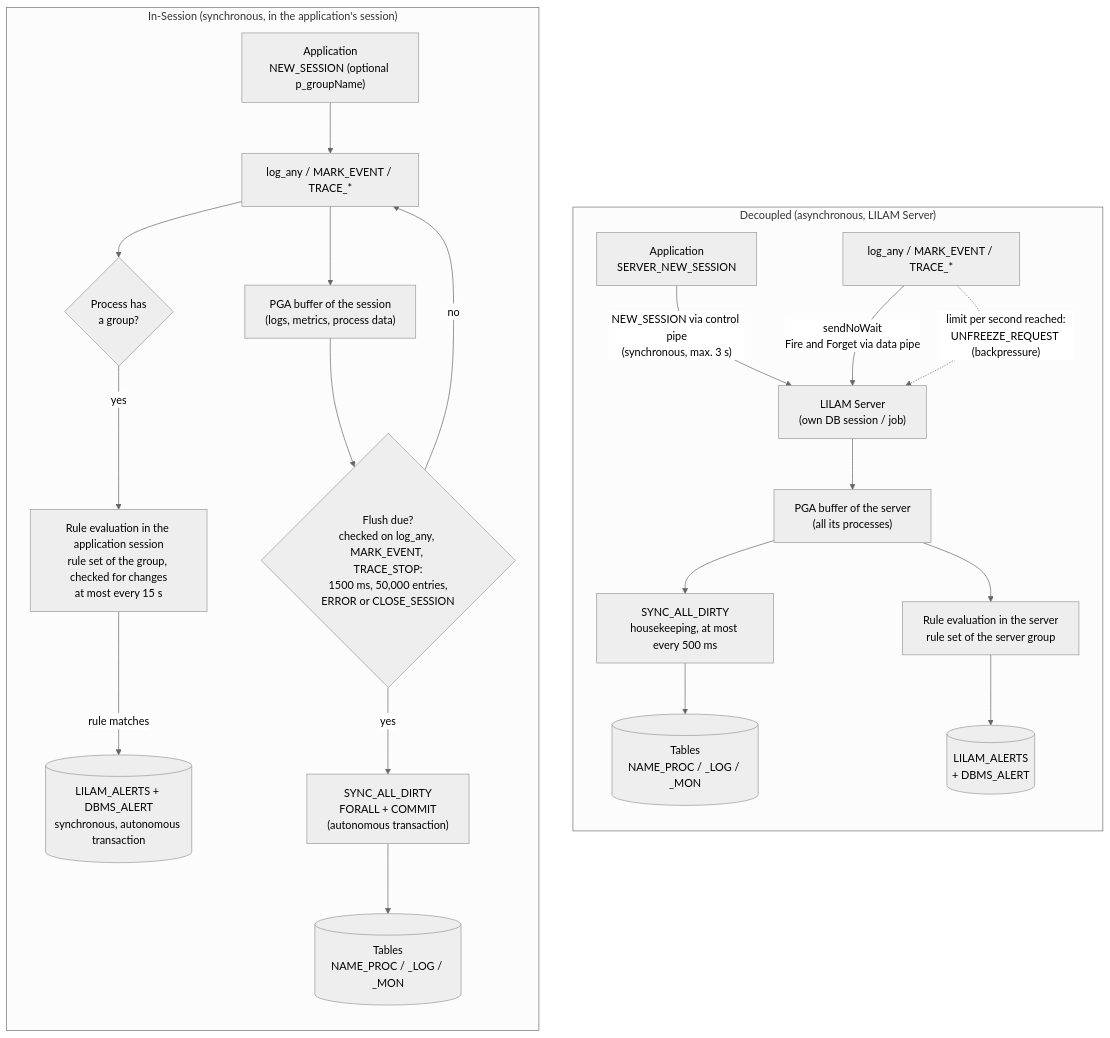
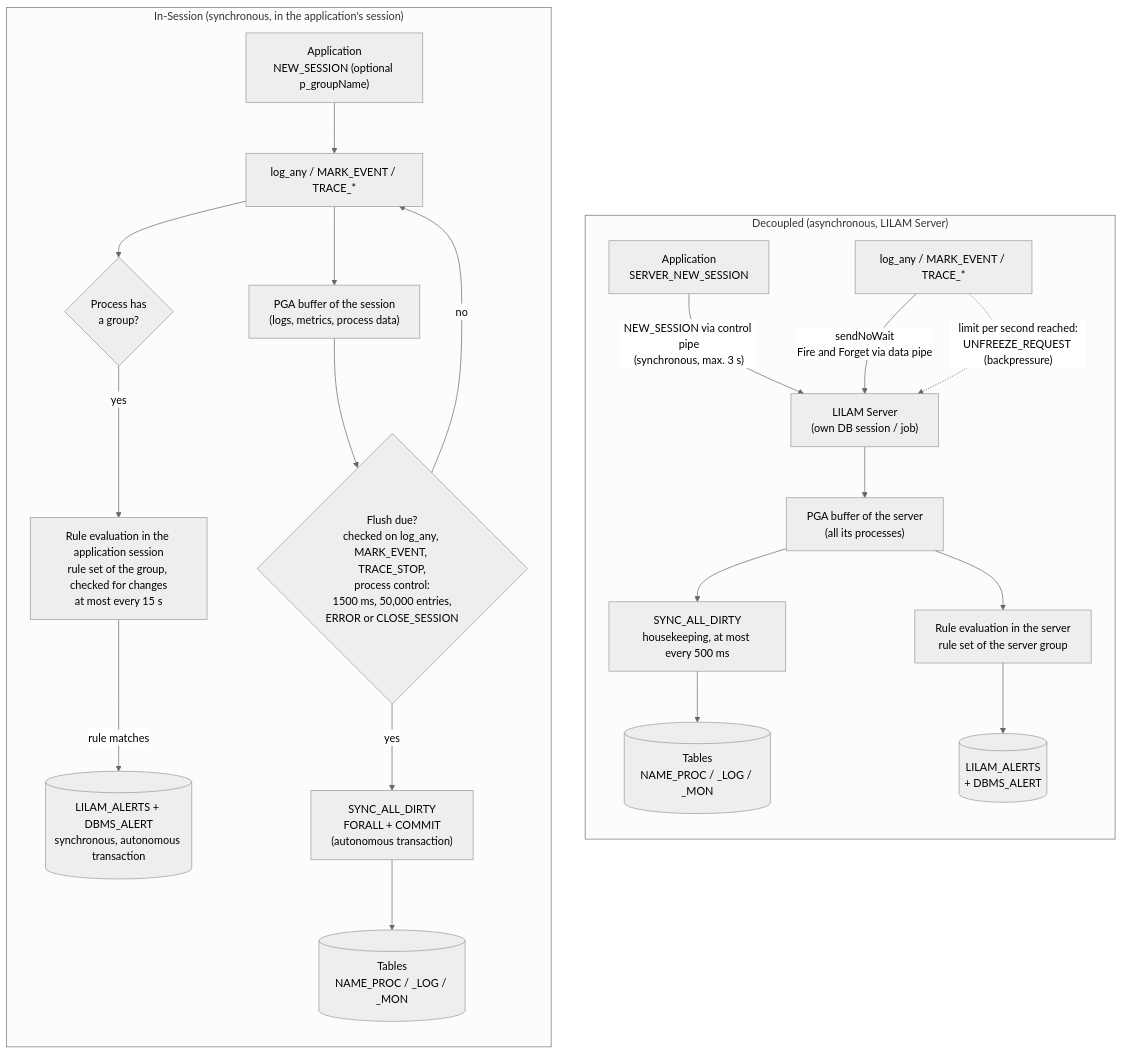
The first of 4 diagrams in docs/architecture and concepts.md (dirkgermany/LILAM), drawn with Mermaid (neutral theme) before and after one commit. The commit also changed other lines of this file and 7 other files, not shown here.

First line of the commit message:
Trigger write-back on process control calls; add RUECKSCHREIBUNG test

````diff
--- a/docs/architecture and concepts.md
+++ b/docs/architecture and concepts.md
@@ -316,29 +316,29 @@
 ```mermaid
 flowchart LR
     subgraph INS ["In-Session (synchronous, in the application's session)"]
         direction TB
         A1["Application<br/>NEW_SESSION (optional p_groupName)"] --> B1["log_any / MARK_EVENT / TRACE_*"]
         B1 --> C1["PGA buffer of the session<br/>(logs, metrics, process data)"]
         B1 --> G1{"Process has<br/>a group?"}
         G1 -- yes --> R1["Rule evaluation in the application session<br/>rule set of the group, checked for changes<br/>at most every 15 s"]
         R1 -- "rule matches" --> AL1[("LILAM_ALERTS + DBMS_ALERT<br/>synchronous, autonomous transaction")]
-        C1 --> D1{"Flush due?<br/>checked on log_any, MARK_EVENT, TRACE_STOP:<br/>1500 ms, 50,000 entries,<br/>ERROR or CLOSE_SESSION"}
+        C1 --> D1{"Flush due?<br/>checked on log_any, MARK_EVENT, TRACE_STOP,<br/>process control:<br/>1500 ms, 50,000 entries,<br/>ERROR or CLOSE_SESSION"}
         D1 -- yes --> E1["SYNC_ALL_DIRTY<br/>FORALL + COMMIT<br/>(autonomous transaction)"]
         D1 -- no --> B1
         E1 --> T1[("Tables<br/>NAME_PROC / _LOG / _MON")]
     end
 
     subgraph DEC ["Decoupled (asynchronous, LILAM Server)"]
         direction TB
         A2["Application<br/>SERVER_NEW_SESSION"] -- "NEW_SESSION via control pipe<br/>(synchronous, max. 3 s)" --> S2
         B2["log_any / MARK_EVENT / TRACE_*"] -- "sendNoWait<br/>Fire and Forget via data pipe" --> S2["LILAM Server<br/>(own DB session / job)"]
         B2 -. "limit per second reached:<br/>UNFREEZE_REQUEST (backpressure)" .-> S2
         S2 --> C2["PGA buffer of the server<br/>(all its processes)"]
         C2 --> R2["Rule evaluation in the server<br/>rule set of the server group"]
         C2 --> E2["SYNC_ALL_DIRTY<br/>housekeeping, at most every 500 ms"]
         E2 --> T2[("Tables<br/>NAME_PROC / _LOG / _MON")]
         R2 --> AL[("LILAM_ALERTS<br/>+ DBMS_ALERT")]
     end
 
     INS ~~~ DEC
 ```
````
